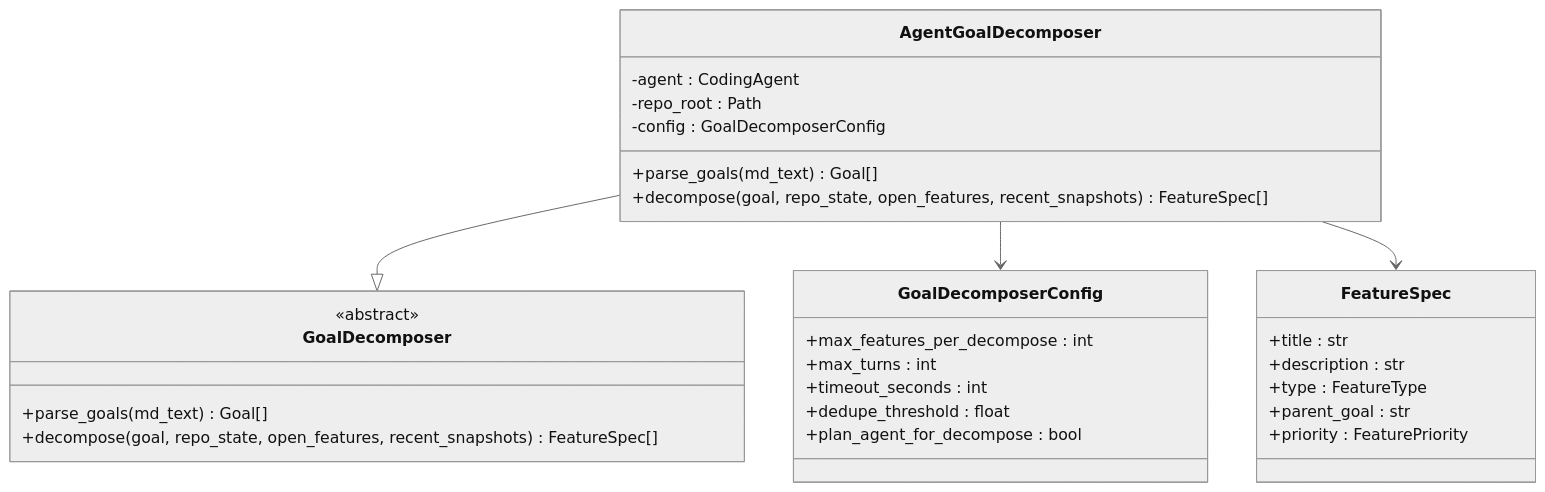
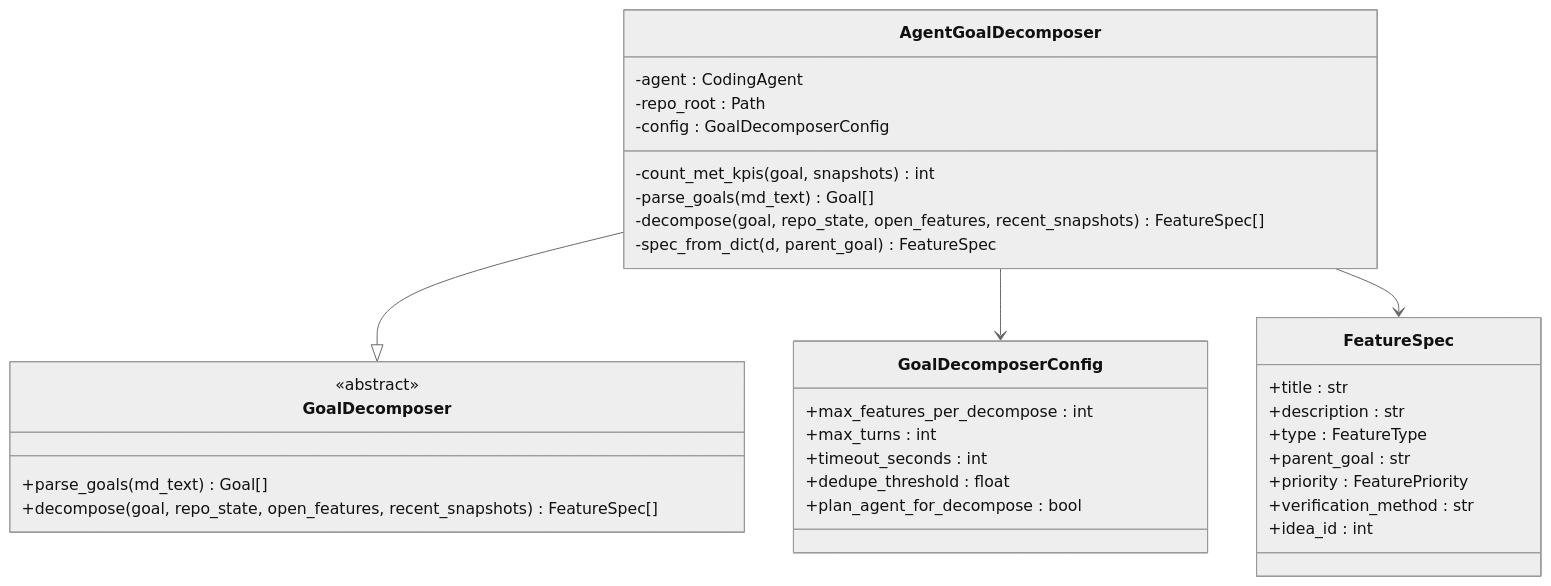
One commit to pinsonchen/vivify changed the fourth of 13 diagrams in .qoder/repowiki/zh/content/技术实现参考/自动目标分解功能.md. Above: the diagram before and after it, drawn with Mermaid (neutral theme). The commit also changed other lines of this file and 16 other files, not shown here.

````diff
--- a/.qoder/repowiki/zh/content/技术实现参考/自动目标分解功能.md
+++ b/.qoder/repowiki/zh/content/技术实现参考/自动目标分解功能.md
@@ -186,32 +231,36 @@
 ```mermaid
 classDiagram
 class AgentGoalDecomposer {
 -agent : CodingAgent
 -repo_root : Path
 -config : GoalDecomposerConfig
-+parse_goals(md_text) Goal[]
-+decompose(goal, repo_state, open_features, recent_snapshots) FeatureSpec[]
+-count_met_kpis(goal, snapshots) int
+-parse_goals(md_text) Goal[]
+-decompose(goal, repo_state, open_features, recent_snapshots) FeatureSpec[]
+-spec_from_dict(d, parent_goal) FeatureSpec
 }
 class GoalDecomposer {
 <<abstract>>
 +parse_goals(md_text) Goal[]
 +decompose(goal, repo_state, open_features, recent_snapshots) FeatureSpec[]
 }
 class GoalDecomposerConfig {
 +max_features_per_decompose : int
 +max_turns : int
 +timeout_seconds : int
 +dedupe_threshold : float
 +plan_agent_for_decompose : bool
 }
 class FeatureSpec {
 +title : str
 +description : str
 +type : FeatureType
 +parent_goal : str
 +priority : FeaturePriority
++verification_method : str
++idea_id : int
 }
 AgentGoalDecomposer --|> GoalDecomposer
 AgentGoalDecomposer --> GoalDecomposerConfig
 AgentGoalDecomposer --> FeatureSpec
 ```
````
